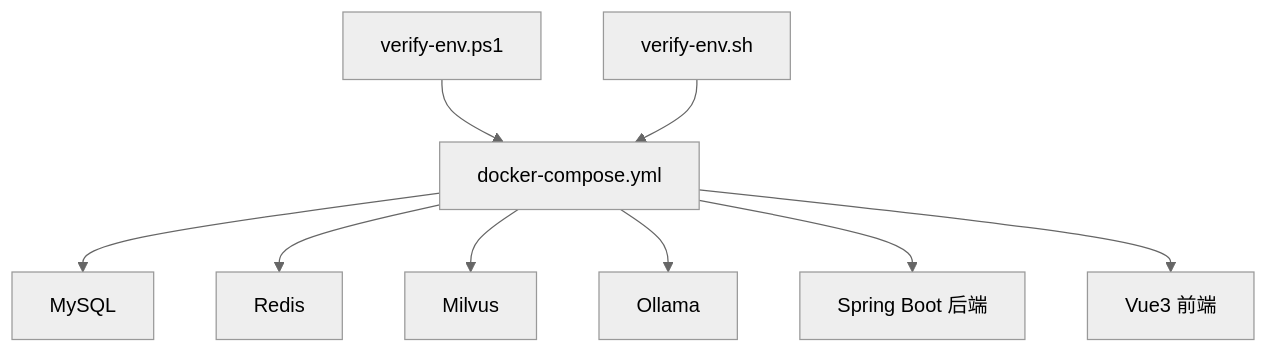
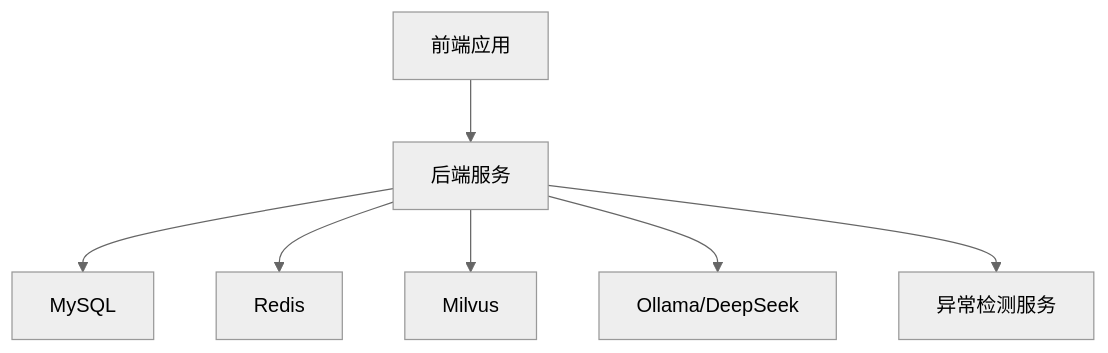
One commit to lyyzzz6/AIops changed the seventh of 7 diagrams in .qoder/repowiki/zh/content/系统架构设计/系统架构设计.md. Above: the diagram before and after it, drawn with Mermaid (neutral theme). The commit also changed other lines of this file and 371 other files, not shown here.

````diff
--- a/.qoder/repowiki/zh/content/系统架构设计/系统架构设计.md
+++ b/.qoder/repowiki/zh/content/系统架构设计/系统架构设计.md
@@ -370,11 +262,9 @@
 ```mermaid
 graph TB
-DC["docker-compose.yml"] --> MYSQL["MySQL"]
-DC --> REDIS["Redis"]
-DC --> MILVUS["Milvus"]
-DC --> OLLAMA["Ollama"]
-DC --> BACKEND["Spring Boot 后端"]
-DC --> FRONTEND["Vue3 前端"]
-VERIFY_PS["verify-env.ps1"] --> DC
-VERIFY_SH["verify-env.sh"] --> DC
+BE["后端服务"] --> MYSQL["MySQL"]
+BE --> REDIS["Redis"]
+BE --> MILVUS["Milvus"]
+BE --> LLM["Ollama/DeepSeek"]
+BE --> DET["异常检测服务"]
+FE["前端应用"] --> BE
 ```
````
